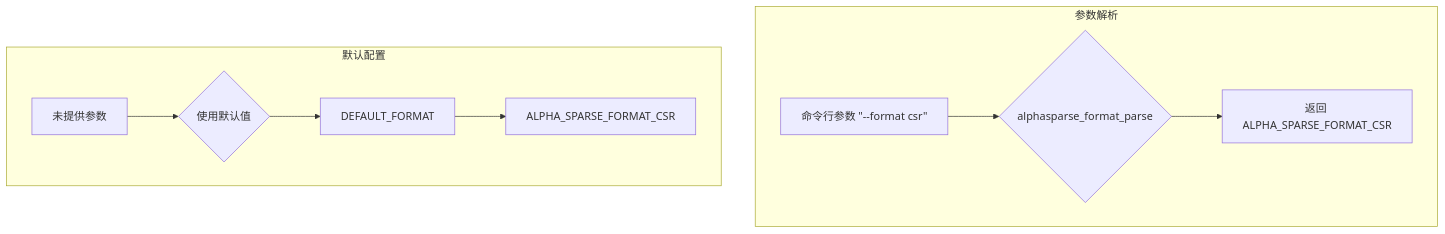
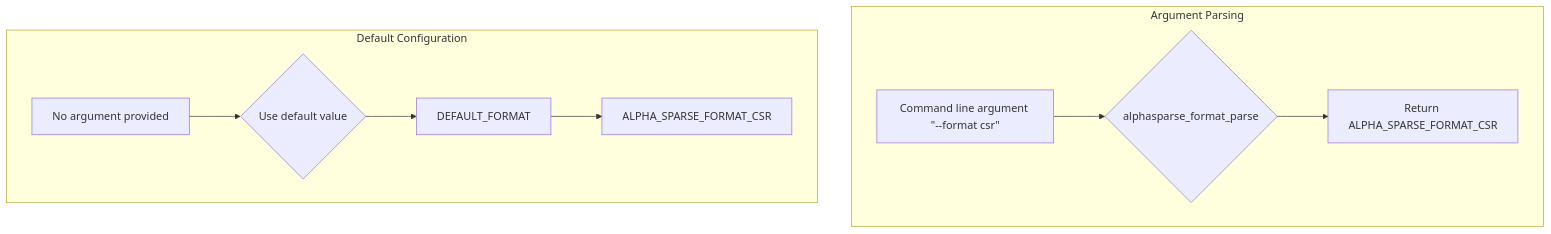
The fourth of 21 diagrams in KernelPerf/submissions/spmv/alphasparse/upstream/AlphasparseWiki .md (QiWu-NCIC/QiWu-KernelPerf), drawn with Mermaid before and after one commit. The commit also changed other lines of this file and 310 other files, not shown here.

````diff
--- a/KernelPerf/submissions/spmv/alphasparse/upstream/AlphasparseWiki .md
+++ b/KernelPerf/submissions/spmv/alphasparse/upstream/AlphasparseWiki .md
@@ -408,14 +408,14 @@
 ```mermaid
 graph TD
-    subgraph 参数解析
-        A["命令行参数 &quot;--format csr&quot;"] --> B{"alphasparse_format_parse"}
-        B --> C["返回 ALPHA_SPARSE_FORMAT_CSR"]
+    subgraph Argument Parsing
+        A["Command line argument &quot;--format csr&quot;"] --> B{"alphasparse_format_parse"}
+        B --> C["Return ALPHA_SPARSE_FORMAT_CSR"]
     end
 
-    subgraph 默认配置
-        D["未提供参数"] --> E{"使用默认值"}
+    subgraph Default Configuration
+        D["No argument provided"] --> E{"Use default value"}
         E --> F["DEFAULT_FORMAT"]
         F --> G["ALPHA_SPARSE_FORMAT_CSR"]
     end
 
 ```
````
